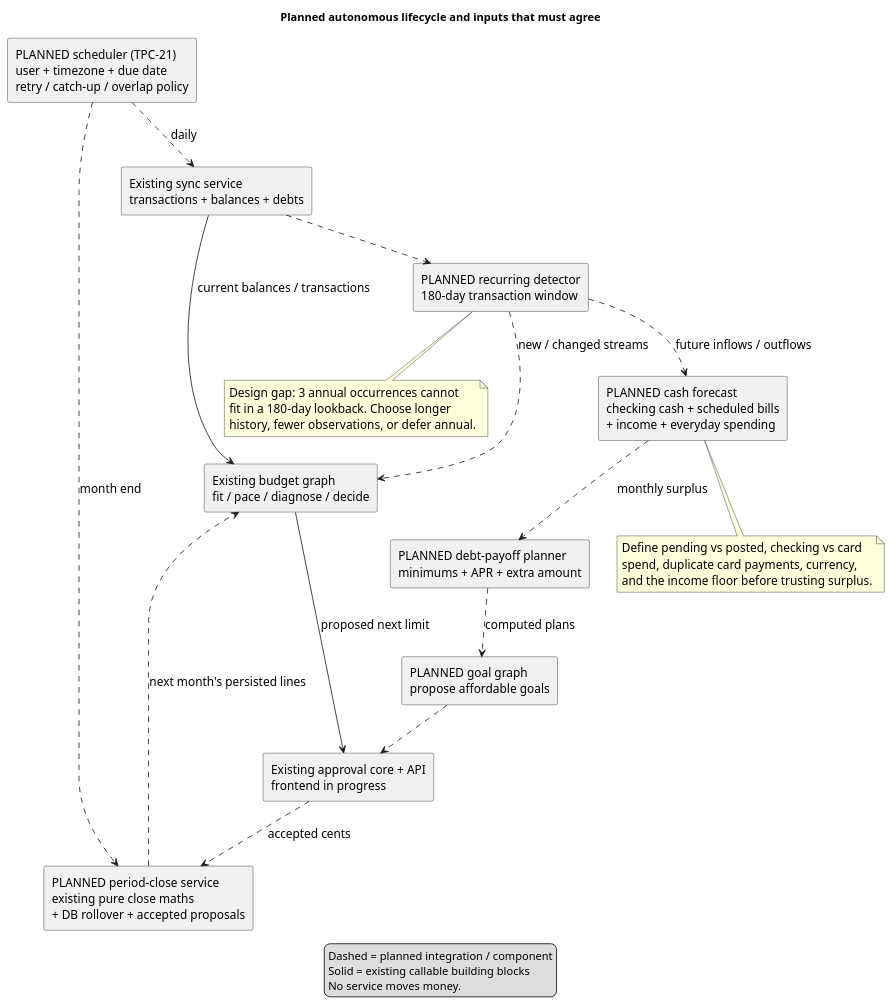
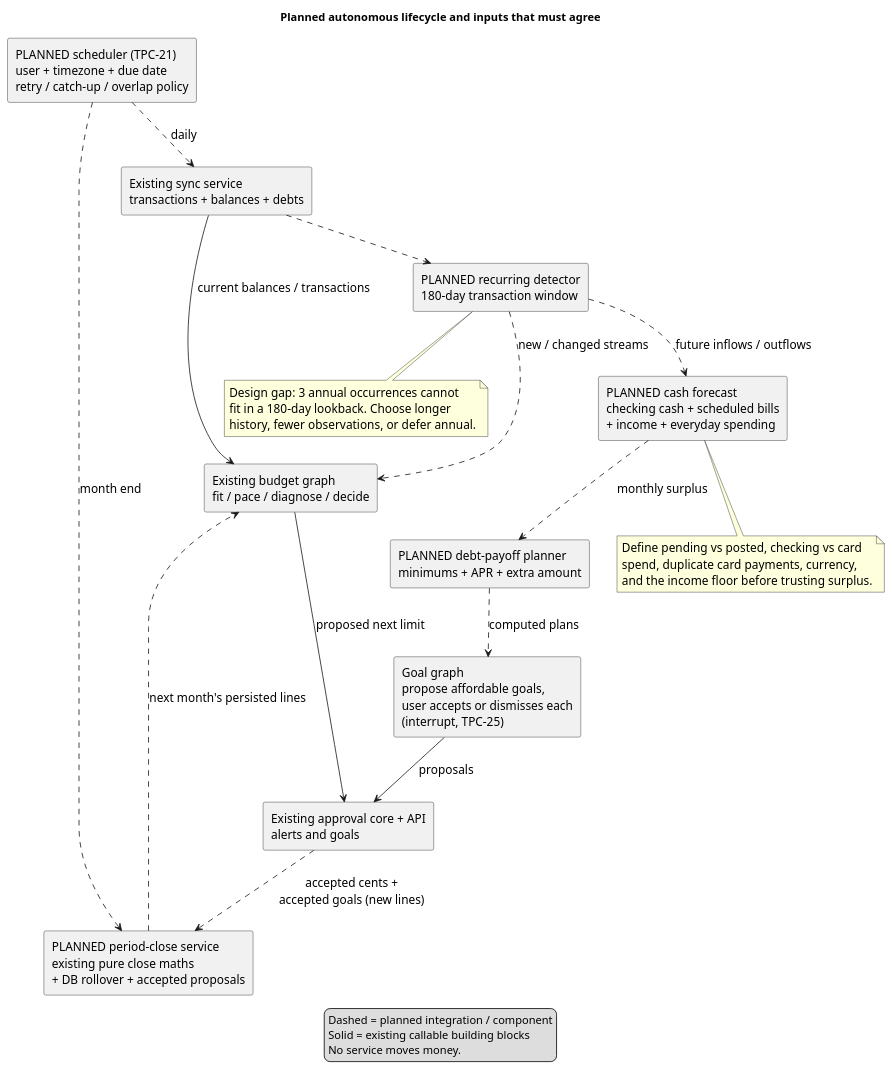
One commit to Del0m/Agentic-Financial-Dashboard changed the diagram in docs/diagrams/remaining-lifecycle.puml. Above: the diagram before and after it, drawn with PlantUML. The commit also changed 17 other files, not shown here.

```diff
--- a/docs/diagrams/remaining-lifecycle.puml
+++ b/docs/diagrams/remaining-lifecycle.puml
@@ -1,44 +1,44 @@
 @startuml
 title Planned autonomous lifecycle and inputs that must agree
 top to bottom direction
 skinparam shadowing false
 skinparam componentStyle rectangle
 skinparam defaultFontName SansSerif
 skinparam defaultFontSize 15
 component "PLANNED scheduler (TPC-21)\nuser + timezone + due date\nretry / catch-up / overlap policy" as schedule
 component "Existing sync service\ntransactions + balances + debts" as sync
 component "Existing budget graph\nfit / pace / diagnose / decide" as budget
 component "PLANNED recurring detector\n180-day transaction window" as recurring
 component "PLANNED cash forecast\nchecking cash + scheduled bills\n+ income + everyday spending" as forecast
 component "PLANNED debt-payoff planner\nminimums + APR + extra amount" as payoff
-component "PLANNED goal graph\npropose affordable goals" as goal
-component "Existing approval core + API\nfrontend in progress" as approval
+component "Goal graph\npropose affordable goals,\nuser accepts or dismisses each\n(interrupt, TPC-25)" as goal
+component "Existing approval core + API\nalerts and goals" as approval
 component "PLANNED period-close service\nexisting pure close maths\n+ DB rollover + accepted proposals" as close
 schedule ..> sync : daily
 sync --> budget : current balances / transactions
 sync ..> recurring
 recurring ..> forecast : future inflows / outflows
 recurring ..> budget : new / changed streams
 forecast ..> payoff : monthly surplus
 payoff ..> goal : computed plans
-goal ..> approval
+goal --> approval : proposals
 budget --> approval : proposed next limit
 schedule ..> close : month end
-approval ..> close : accepted cents
+approval ..> close : accepted cents +\naccepted goals (new lines)
 close ..> budget : next month's persisted lines
 note bottom of recurring
 Design gap: 3 annual occurrences cannot
 fit in a 180-day lookback. Choose longer
 history, fewer observations, or defer annual.
 end note
 note bottom of forecast
 Define pending vs posted, checking vs card
 spend, duplicate card payments, currency,
 and the income floor before trusting surplus.
 end note
 legend bottom
 Dashed = planned integration / component
 Solid = existing callable building blocks
 No service moves money.
 endlegend
 @enduml
```
